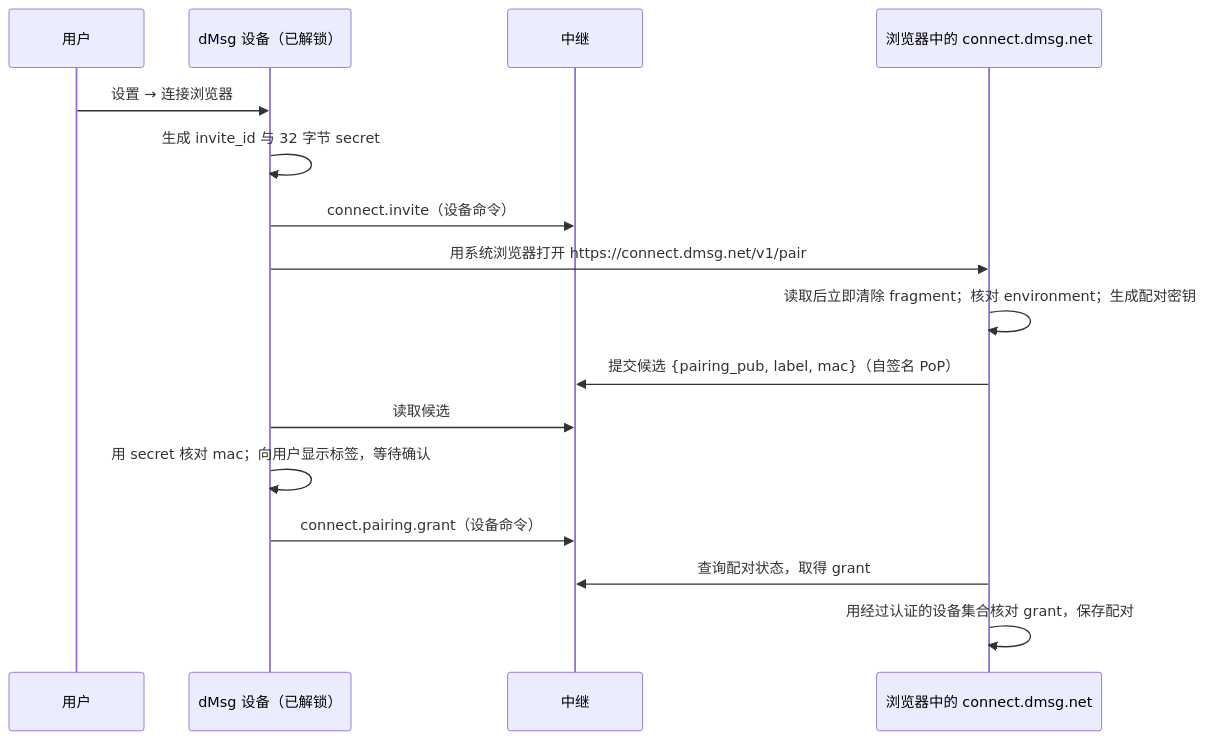
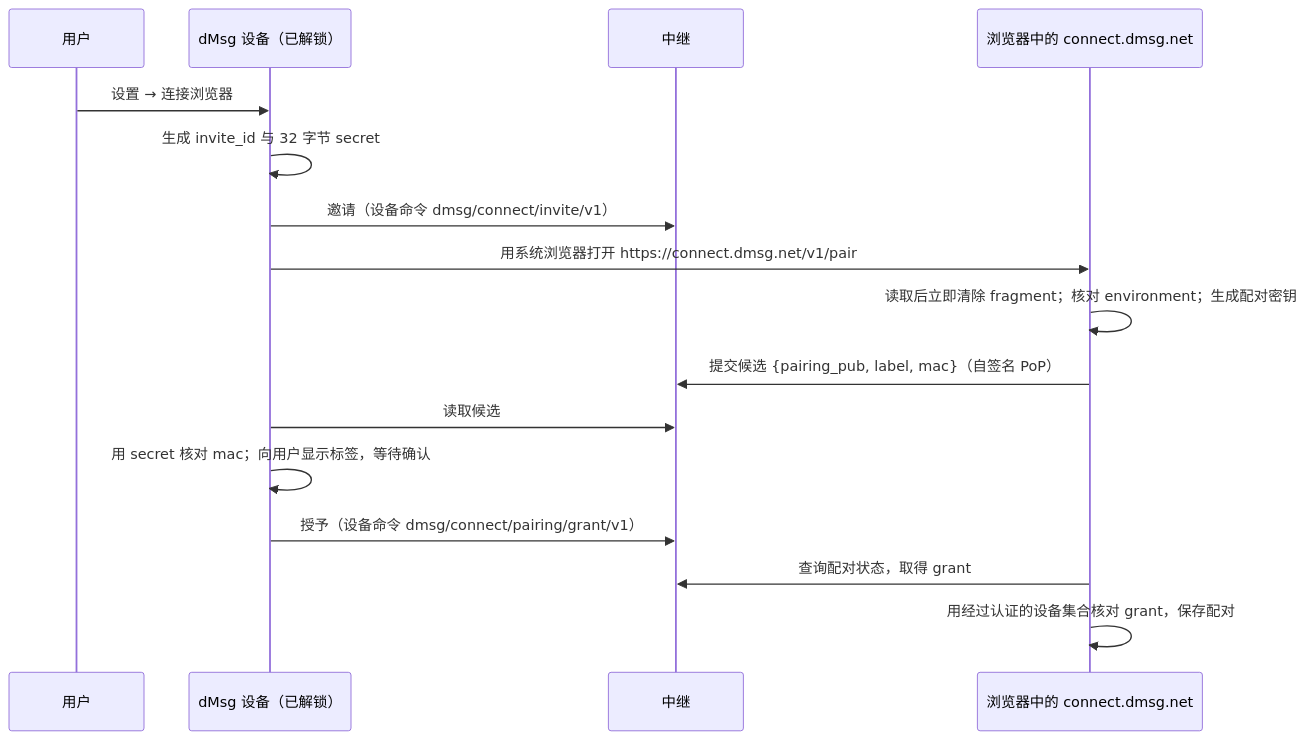
Before and after one commit to ldclabs/ic-panda: the second of 2 diagrams in docs/protocol/connect-v1_zh.md, drawn with Mermaid. The commit also changed other lines of this file and 93 other files, not shown here.

````diff
--- a/docs/protocol/connect-v1_zh.md
+++ b/docs/protocol/connect-v1_zh.md
@@ -252,18 +252,18 @@
 ```mermaid
 sequenceDiagram
   participant U as 用户
   participant D as dMsg 设备（已解锁）
   participant R as 中继
   participant B as 浏览器中的 connect.dmsg.net
   U->>D: 设置 → 连接浏览器
   D->>D: 生成 invite_id 与 32 字节 secret
-  D->>R: connect.invite（设备命令）
+  D->>R: 邀请（设备命令 dmsg/connect/invite/v1）
   D->>B: 用系统浏览器打开 https://connect.dmsg.net/v1/pair#<邀请>
   B->>B: 读取后立即清除 fragment；核对 environment；生成配对密钥
   B->>R: 提交候选 {pairing_pub, label, mac}（自签名 PoP）
   D->>R: 读取候选
   D->>D: 用 secret 核对 mac；向用户显示标签，等待确认
-  D->>R: connect.pairing.grant（设备命令）
+  D->>R: 授予（设备命令 dmsg/connect/pairing/grant/v1）
   B->>R: 查询配对状态，取得 grant
   B->>B: 用经过认证的设备集合核对 grant，保存配对
 ```
````
